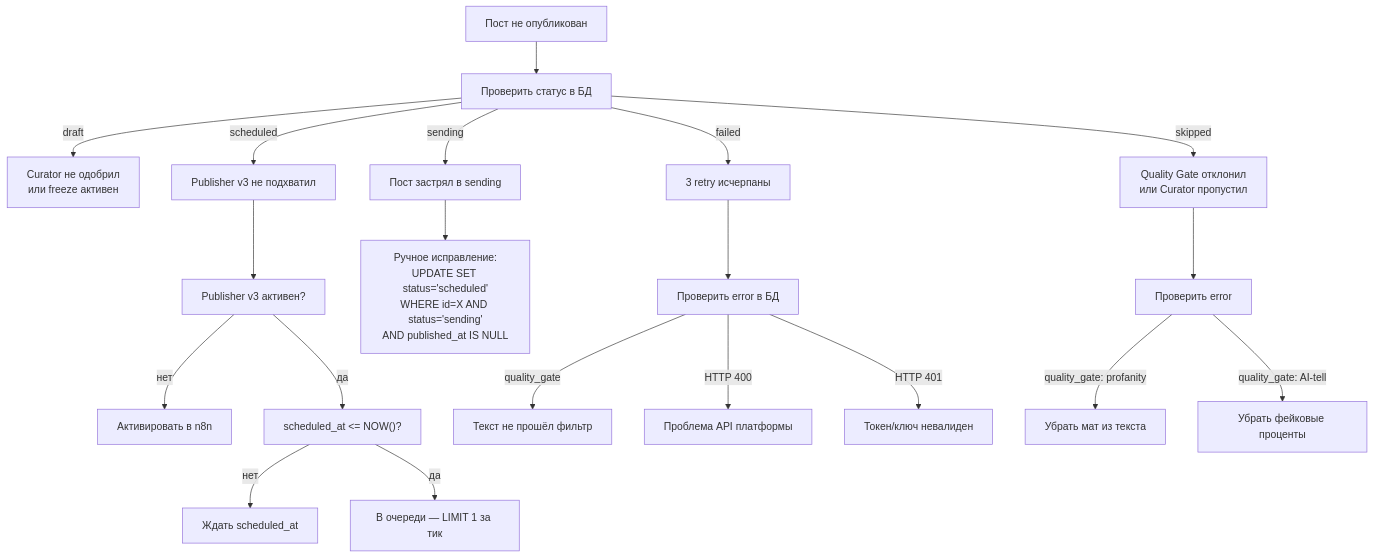
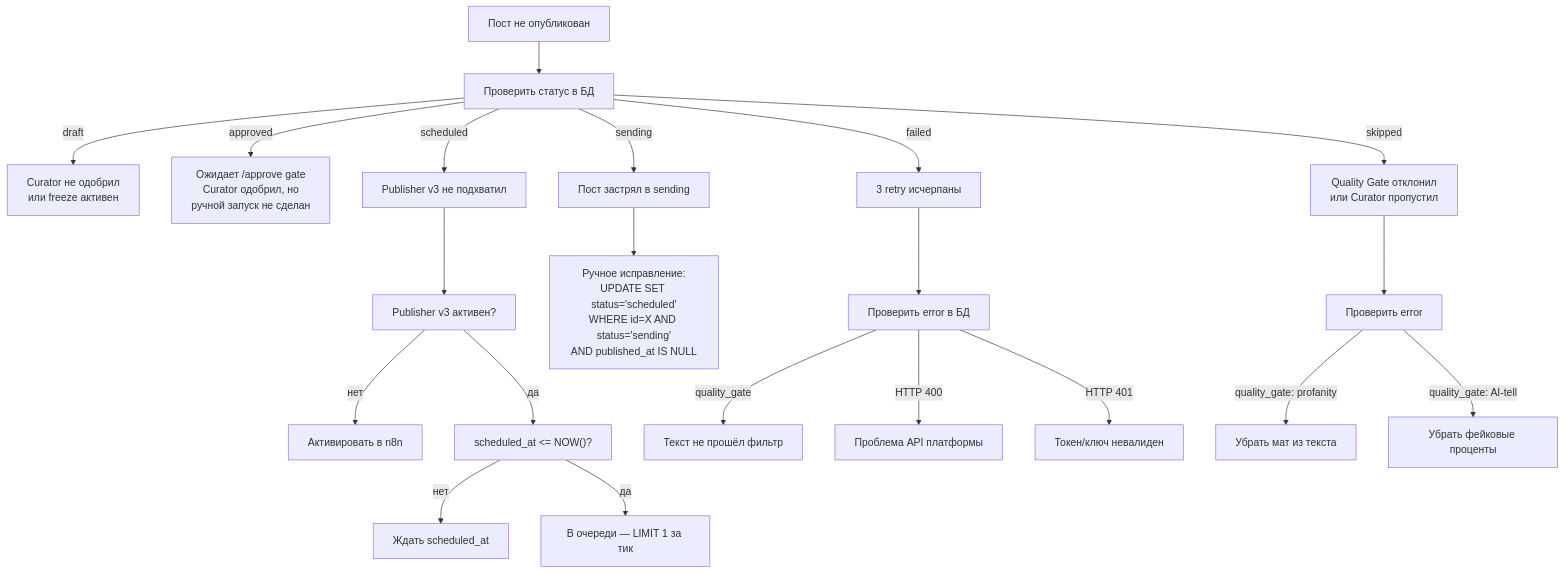
Before and after one commit to TimmyZinin/content-pipeline: the second of 3 diagrams in docs/Runbook.md, drawn with Mermaid. The commit also changed other lines of this file, not shown here.

````diff
--- a/docs/Runbook.md
+++ b/docs/Runbook.md
@@ -87,26 +87,27 @@
 ```mermaid
 flowchart TD
     START["Пост не опубликован"] --> CHECK_STATUS["Проверить статус в БД"]
     CHECK_STATUS --> |"draft"| CURATOR["Curator не одобрил<br/>или freeze активен"]
+    CHECK_STATUS --> |"approved"| GATE["Ожидает /approve gate<br/>Curator одобрил, но<br/>ручной запуск не сделан"]
     CHECK_STATUS --> |"scheduled"| PUBLISHER["Publisher v3 не подхватил"]
     CHECK_STATUS --> |"sending"| STUCK["Пост застрял в sending"]
     CHECK_STATUS --> |"failed"| FAILED["3 retry исчерпаны"]
     CHECK_STATUS --> |"skipped"| SKIPPED["Quality Gate отклонил<br/>или Curator пропустил"]
 
     PUBLISHER --> PUB_CHECK["Publisher v3 активен?"]
     PUB_CHECK --> |"нет"| ACTIVATE["Активировать в n8n"]
     PUB_CHECK --> |"да"| CRON_CHECK["scheduled_at <= NOW()?"]
     CRON_CHECK --> |"нет"| WAIT["Ждать scheduled_at"]
     CRON_CHECK --> |"да"| QUEUE["В очереди — LIMIT 1 за тик"]
 
     STUCK --> MANUAL["Ручное исправление:<br/>UPDATE SET status='scheduled'<br/>WHERE id=X AND status='sending'<br/>AND published_at IS NULL"]
 
     FAILED --> ERROR["Проверить error в БД"]
     ERROR --> |"quality_gate"| QG["Текст не прошёл фильтр"]
     ERROR --> |"HTTP 400"| API["Проблема API платформы"]
     ERROR --> |"HTTP 401"| AUTH["Токен/ключ невалиден"]
 
     SKIPPED --> SKIP_ERROR["Проверить error"]
     SKIP_ERROR --> |"quality_gate: profanity"| FIX_TEXT["Убрать мат из текста"]
     SKIP_ERROR --> |"quality_gate: AI-tell"| FIX_PCT["Убрать фейковые проценты"]
 ```
````
